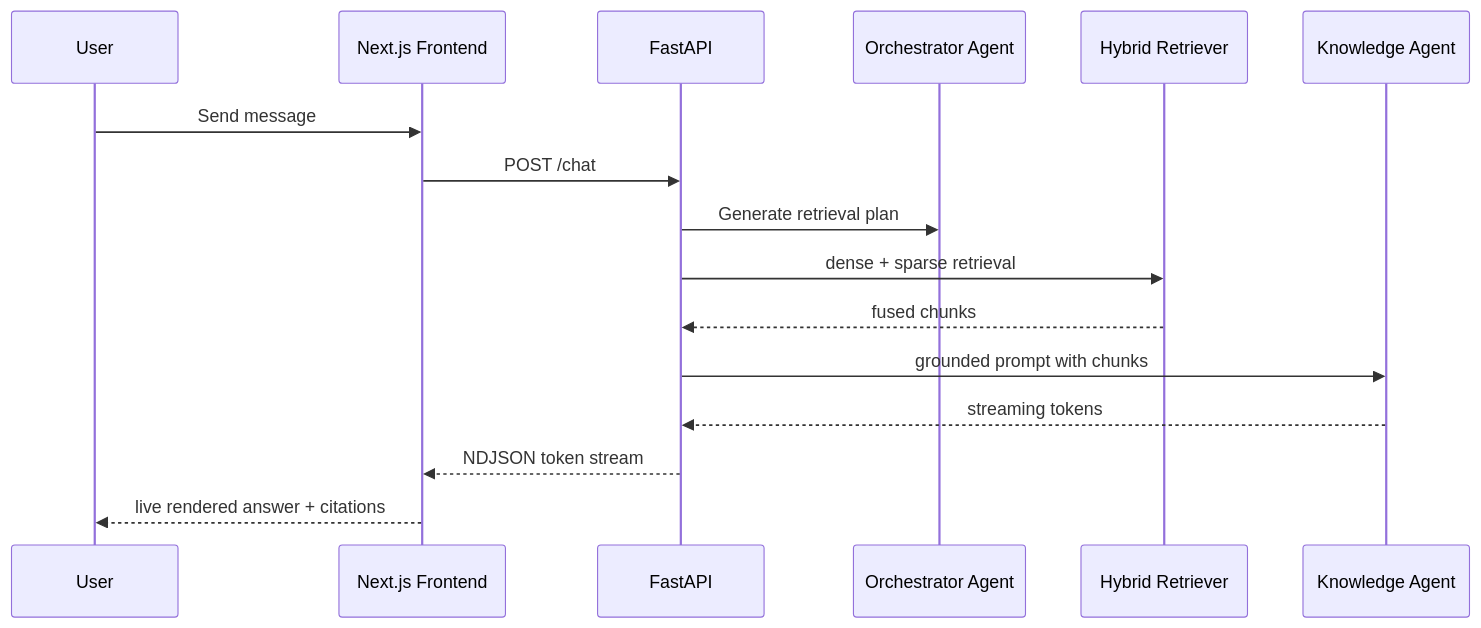
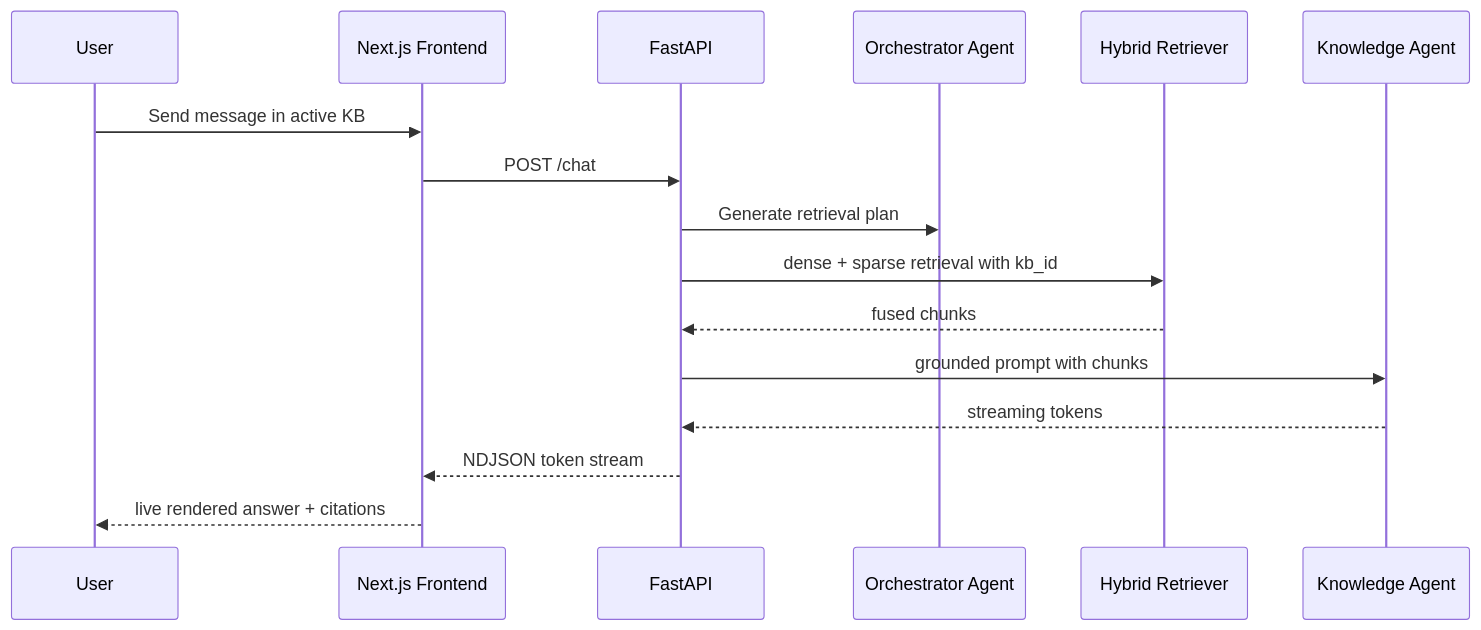
Before and after one commit to jumping2000/nanoRAG: the second of 2 diagrams in docs/architecture.md, drawn with Mermaid. The commit also changed other lines of this file and 27 other files, not shown here.

````diff
--- a/docs/architecture.md
+++ b/docs/architecture.md
@@ -39,19 +42,19 @@
 ```mermaid
 sequenceDiagram
     participant U as User
     participant FE as Next.js Frontend
     participant API as FastAPI
     participant OR as Orchestrator Agent
     participant HR as Hybrid Retriever
     participant KA as Knowledge Agent
 
-    U->>FE: Send message
+    U->>FE: Send message in active KB
     FE->>API: POST /chat
     API->>OR: Generate retrieval plan
-    API->>HR: dense + sparse retrieval
+    API->>HR: dense + sparse retrieval with kb_id
     HR-->>API: fused chunks
     API->>KA: grounded prompt with chunks
     KA-->>API: streaming tokens
     API-->>FE: NDJSON token stream
     FE-->>U: live rendered answer + citations
 ```
````
